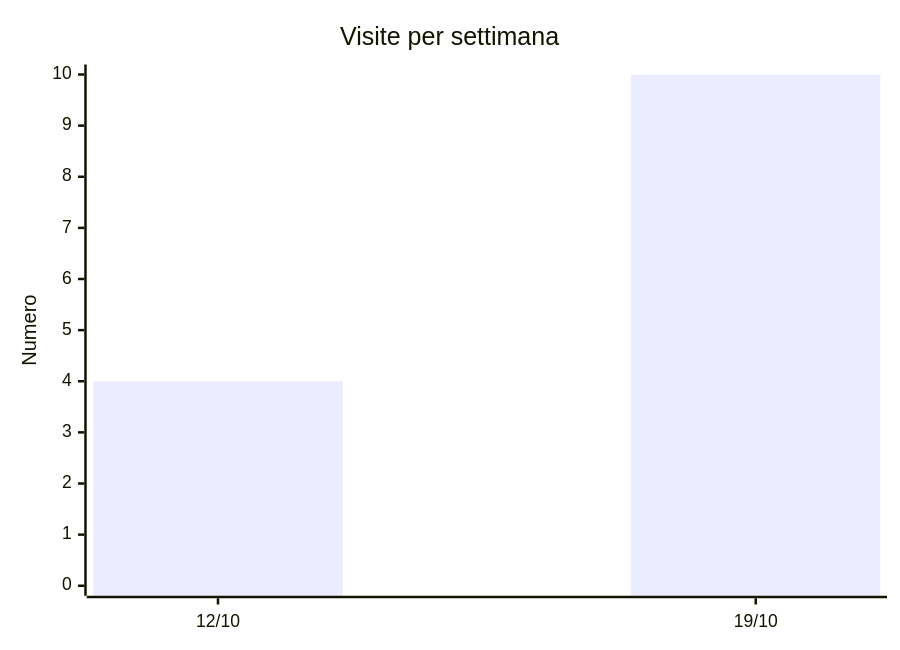
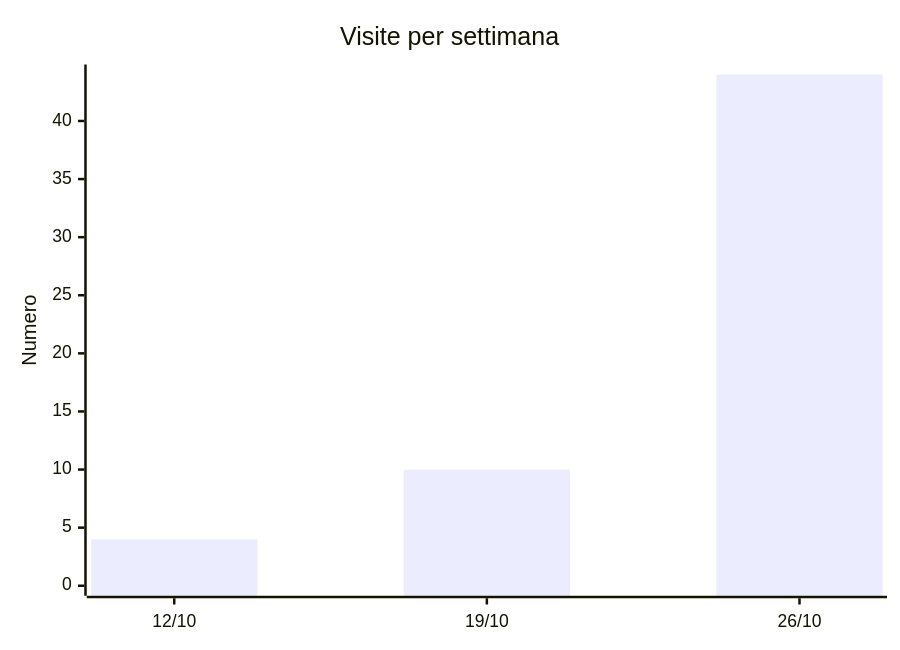
Before and after one commit to napo/analisirefertogara: the second of 2 diagrams in README.md, drawn with Mermaid. The commit also changed other lines of this file and 1 other file, not shown here.

````diff
--- a/README.md
+++ b/README.md
@@ -36,7 +36,7 @@
 ```mermaid
 xychart-beta
   title "Visite per settimana"
-  x-axis ["12/10", "19/10"]
-  y-axis "Numero" 0 --> 10
-  bar [4, 10]
+  x-axis ["12/10", "19/10", "26/10"]
+  y-axis "Numero" 0 --> 44
+  bar [4, 10, 44]
 ```
````
